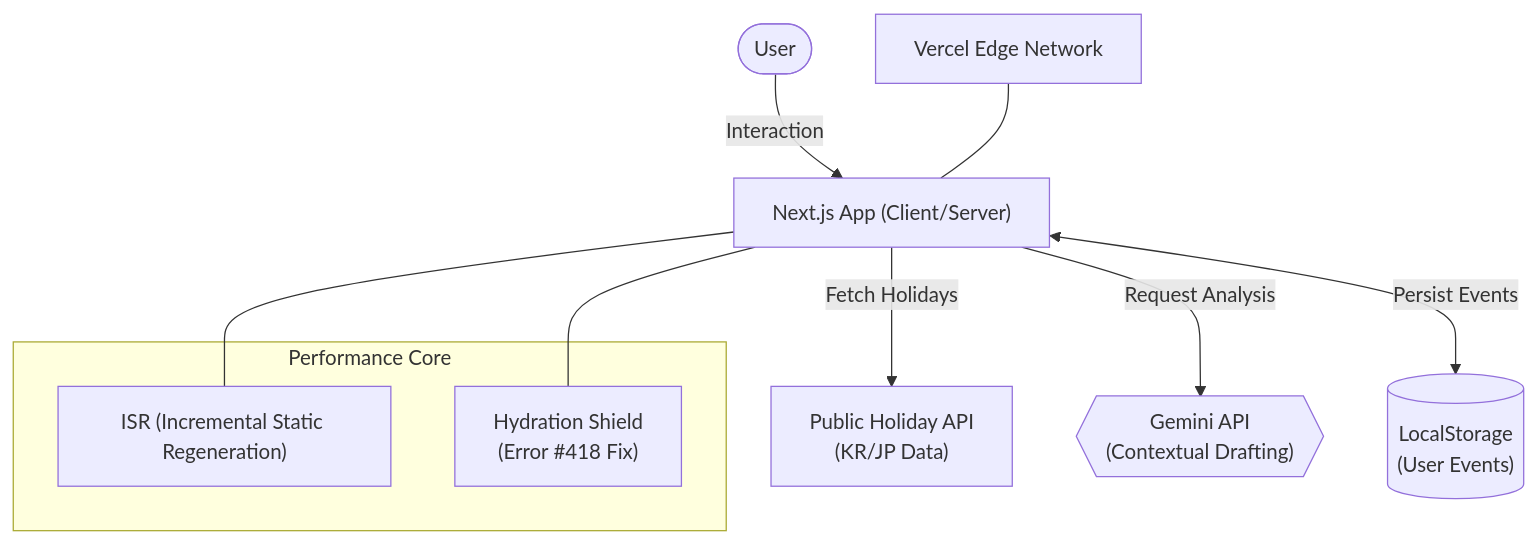
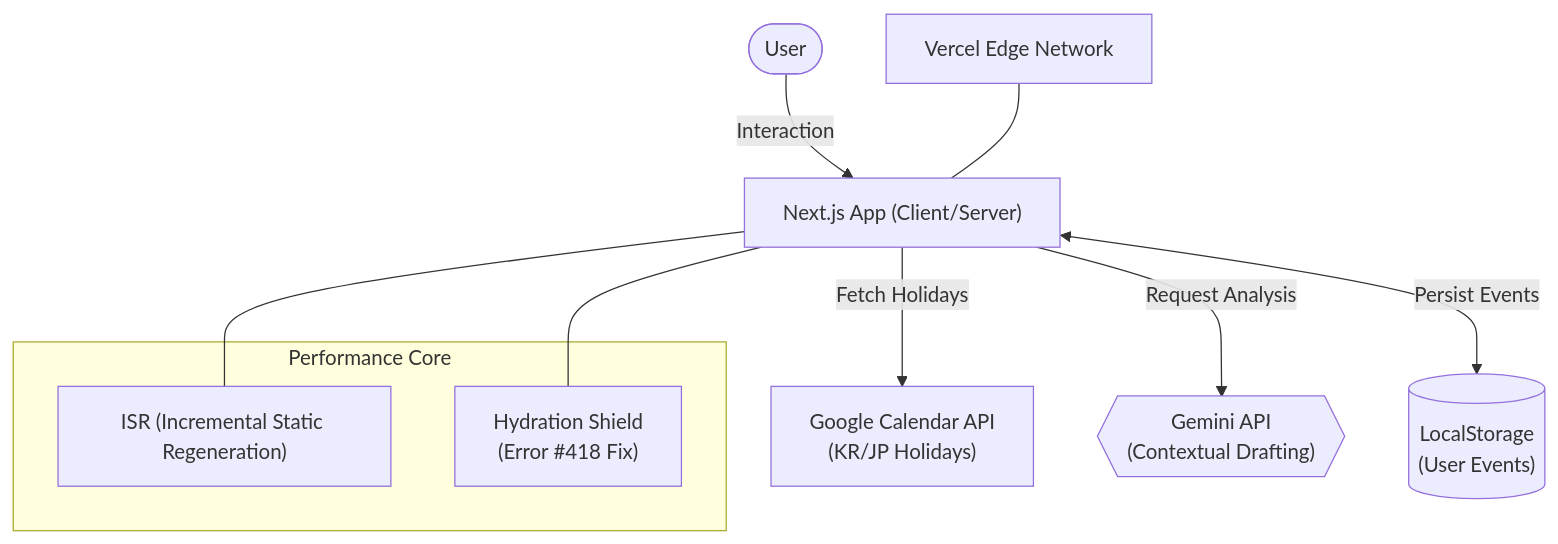
Before and after one commit to 2daKaizen-gun/jp-kr-schedule-bridge: the diagram in README.md, drawn with Mermaid. The commit also changed other lines of this file and 8 other files, not shown here.

````diff
--- a/README.md
+++ b/README.md
@@ -37,23 +37,23 @@
 ```mermaid
 graph TD
     User(["User"])
     NextJS["Next.js App (Client/Server)"]
-    HolidayAPI["Public Holiday API<br/>(KR/JP Data)"]
+    HolidayAPI["Google Calendar API<br/>(KR/JP Holidays)"]
     Gemini{{"Gemini API <br/>(Contextual Drafting)"}}
     Storage[("LocalStorage<br/>(User Events)")]
     Vercel["Vercel Edge Network"]
 
     User -->|Interaction| NextJS
     NextJS -->|Fetch Holidays| HolidayAPI
     NextJS <-->|Persist Events| Storage
     NextJS -->|Request Analysis| Gemini
     
     subgraph "Performance Core"
         ISR["ISR (Incremental Static Regeneration)"]
         Hydration["Hydration Shield<br/>(Error #418 Fix)"]
     end
     
     NextJS --- ISR
     NextJS --- Hydration
     Vercel --- NextJS
 ```
````
